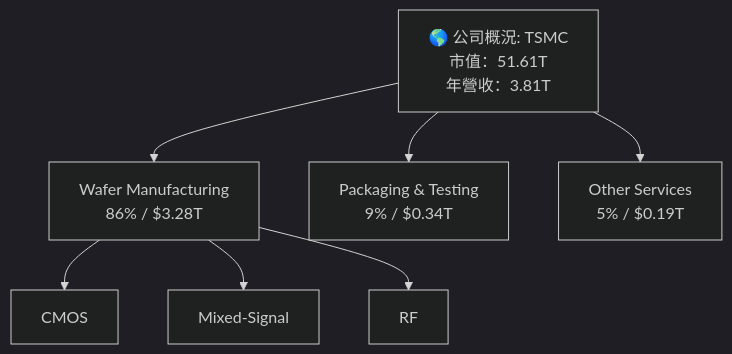
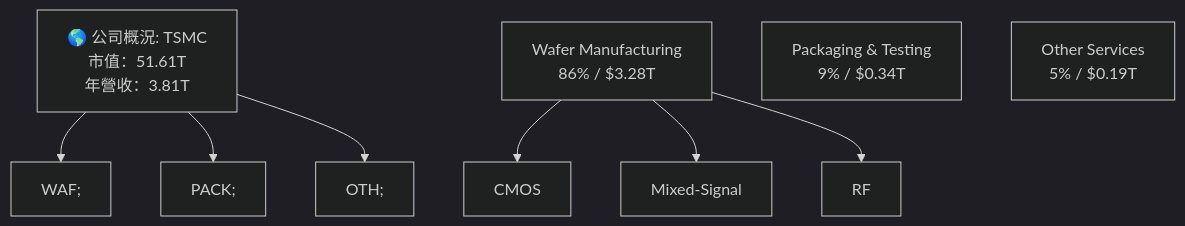
The second of 4 diagrams in ai_gen_report/stock/2330.tw/fundamental_analysis_2026-04-13_openai.md (yennanliu/finance_data), drawn with Mermaid (dark theme) before and after one commit. The commit also changed 2258 other files, not shown here.

First line of the commit message:
chore: backfill Mermaid syntax repair across existing reports

````diff
--- a/ai_gen_report/stock/2330.tw/fundamental_analysis_2026-04-13_openai.md
+++ b/ai_gen_report/stock/2330.tw/fundamental_analysis_2026-04-13_openai.md
@@ -124,16 +124,16 @@
 ```mermaid
 graph TD;
     Company["🌎 公司概況: TSMC<br/>市值：51.61T<br/>年營收：3.81T"];
     WAF["Wafer Manufacturing<br/>86%  / $3.28T"];
     PACK["Packaging & Testing<br/>9% / $0.34T"];
     OTH["Other Services<br/>5% / $0.19T"];
 
-    Company --> WAF;
-    Company --> PACK;
-    Company --> OTH;
+    Company --> nb1["WAF;"]
+    Company --> nb2["PACK;"]
+    Company --> nb3["OTH;"]
 
     WAF --> WAF1["CMOS"];
     WAF --> WAF2["Mixed-Signal"];
     WAF --> WAF3["RF"]
 
 ```
````
